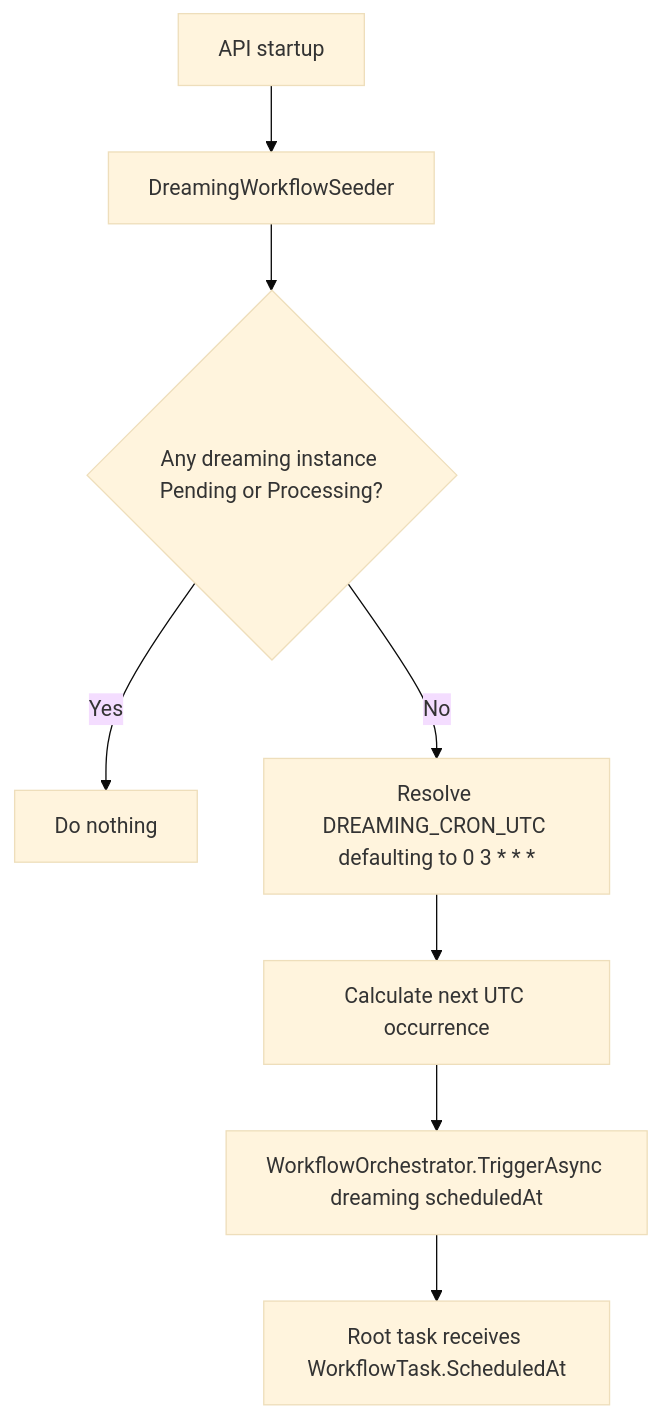
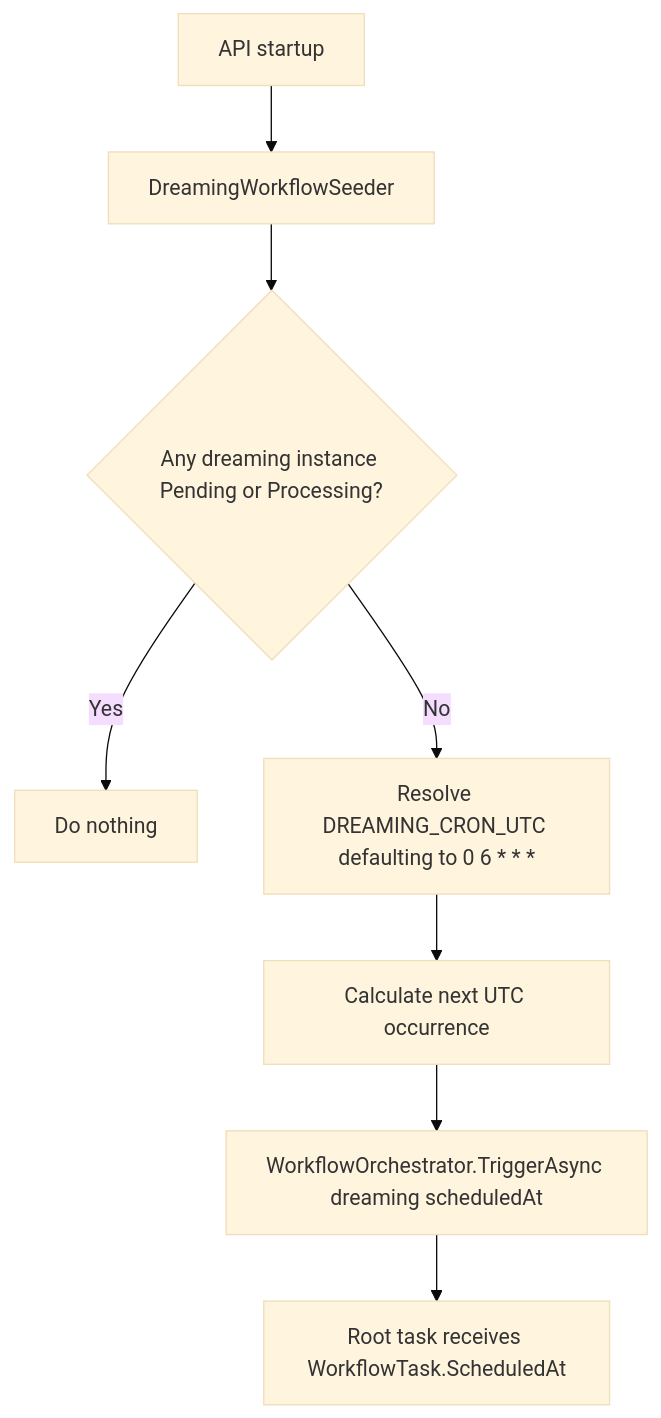
The first of 3 diagrams in docs/flows/data-flows/dreaming-maintenance-workflow.md (AlexandreBrisebois/whats-for-supper), drawn with Mermaid (base theme) before and after one commit. The commit also changed other lines of this file and 280 other files, not shown here.

````diff
--- a/docs/flows/data-flows/dreaming-maintenance-workflow.md
+++ b/docs/flows/data-flows/dreaming-maintenance-workflow.md
@@ -21,10 +21,10 @@
 ```mermaid
 flowchart TD
     A[API startup] --> B[DreamingWorkflowSeeder]
     B --> C{Any dreaming instance Pending or Processing?}
     C -->|Yes| D[Do nothing]
-    C -->|No| E[Resolve DREAMING_CRON_UTC defaulting to 0 3 * * *]
+    C -->|No| E[Resolve DREAMING_CRON_UTC defaulting to 0 6 * * *]
     E --> F[Calculate next UTC occurrence]
     F --> G[WorkflowOrchestrator.TriggerAsync dreaming scheduledAt]
     G --> H[Root task receives WorkflowTask.ScheduledAt]
 ```
````
